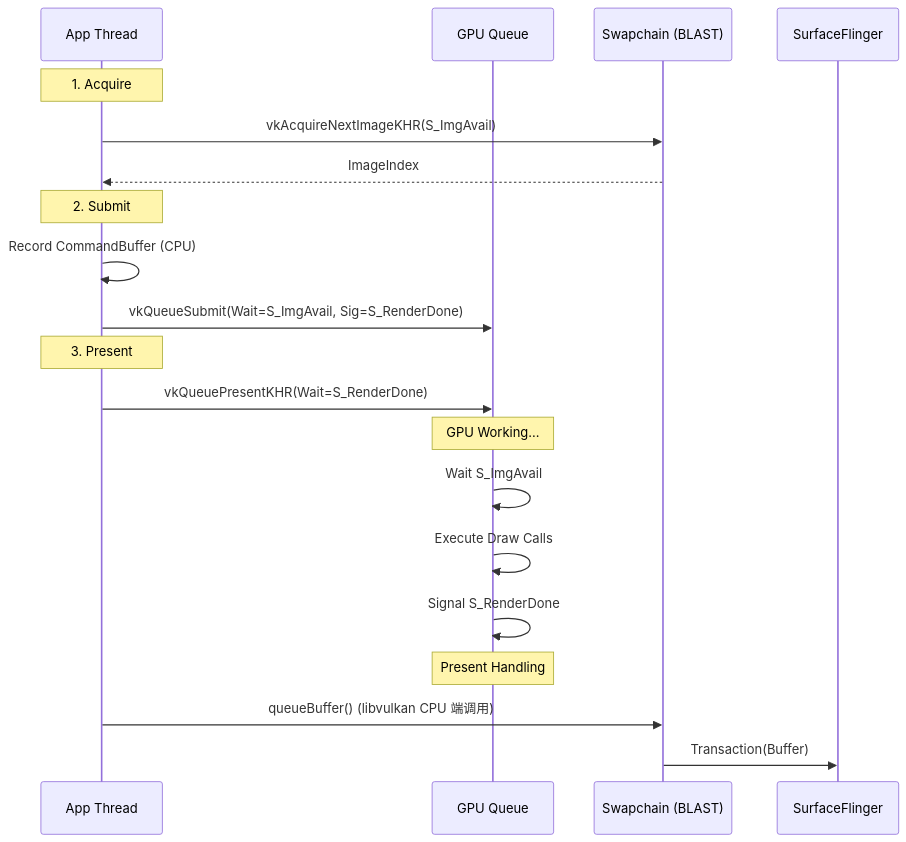
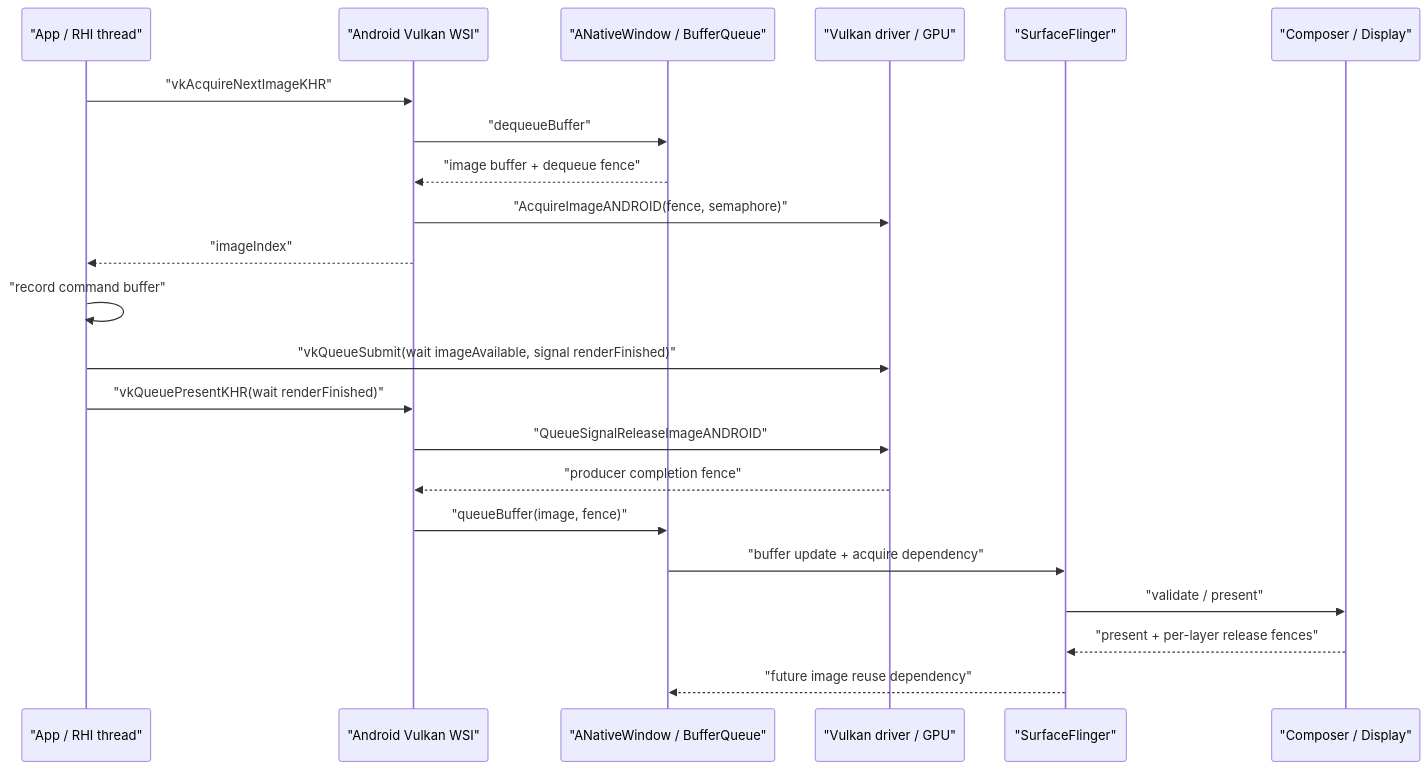
Before and after one commit to Gracker/android-internals-wiki: the diagram in src/part2-performance/ch18-rendering-pipelines/09-vulkan-native.md, drawn with Mermaid. The commit also changed other lines of this file and 3 other files, not shown here.

First line of the commit message:
[hermes-aiw] review-findings: 14.8 Android 17 GPU 调试与性能优化工具链 — ready-for-review→finalized (+2 chapters) + 2 files

````diff
--- a/src/part2-performance/ch18-rendering-pipelines/09-vulkan-native.md
+++ b/src/part2-performance/ch18-rendering-pipelines/09-vulkan-native.md
@@ -259,27 +271,25 @@
 ```mermaid
 sequenceDiagram
-    participant App as App Thread
-    participant GPU as GPU Queue
-    participant SC as Swapchain (BLAST)
-    participant SF as SurfaceFlinger
+    participant App as "App / RHI thread"
+    participant WSI as "Android Vulkan WSI"
+    participant BQ as "ANativeWindow / BufferQueue"
+    participant Driver as "Vulkan driver / GPU"
+    participant SF as "SurfaceFlinger"
+    participant HWC as "Composer / Display"
 
-    Note over App: 1. Acquire
-    App->>SC: vkAcquireNextImageKHR(S_ImgAvail)
-    SC-->>App: ImageIndex
-
-    Note over App: 2. Submit
-    App->>App: Record CommandBuffer (CPU)
-    App->>GPU: vkQueueSubmit(Wait=S_ImgAvail, Sig=S_RenderDone)
-    
-    Note over App: 3. Present
-    App->>GPU: vkQueuePresentKHR(Wait=S_RenderDone)
-    
-    Note over GPU: GPU Working...
-    GPU->>GPU: Wait S_ImgAvail
-    GPU->>GPU: Execute Draw Calls
-    GPU->>GPU: Signal S_RenderDone
-    
-    Note over GPU: Present Handling
-    App->>SC: queueBuffer() (libvulkan CPU 端调用)
-    SC->>SF: Transaction(Buffer)
+    App->>WSI: "vkAcquireNextImageKHR"
+    WSI->>BQ: "dequeueBuffer"
+    BQ-->>WSI: "image buffer + dequeue fence"
+    WSI->>Driver: "AcquireImageANDROID(fence, semaphore)"
+    WSI-->>App: "imageIndex"
+    App->>App: "record command buffer"
+    App->>Driver: "vkQueueSubmit(wait imageAvailable, signal renderFinished)"
+    App->>WSI: "vkQueuePresentKHR(wait renderFinished)"
+    WSI->>Driver: "QueueSignalReleaseImageANDROID"
+    Driver-->>WSI: "producer completion fence"
+    WSI->>BQ: "queueBuffer(image, fence)"
+    BQ->>SF: "buffer update + acquire dependency"
+    SF->>HWC: "validate / present"
+    HWC-->>SF: "present + per-layer release fences"
+    SF-->>BQ: "future image reuse dependency"
 ```
````
